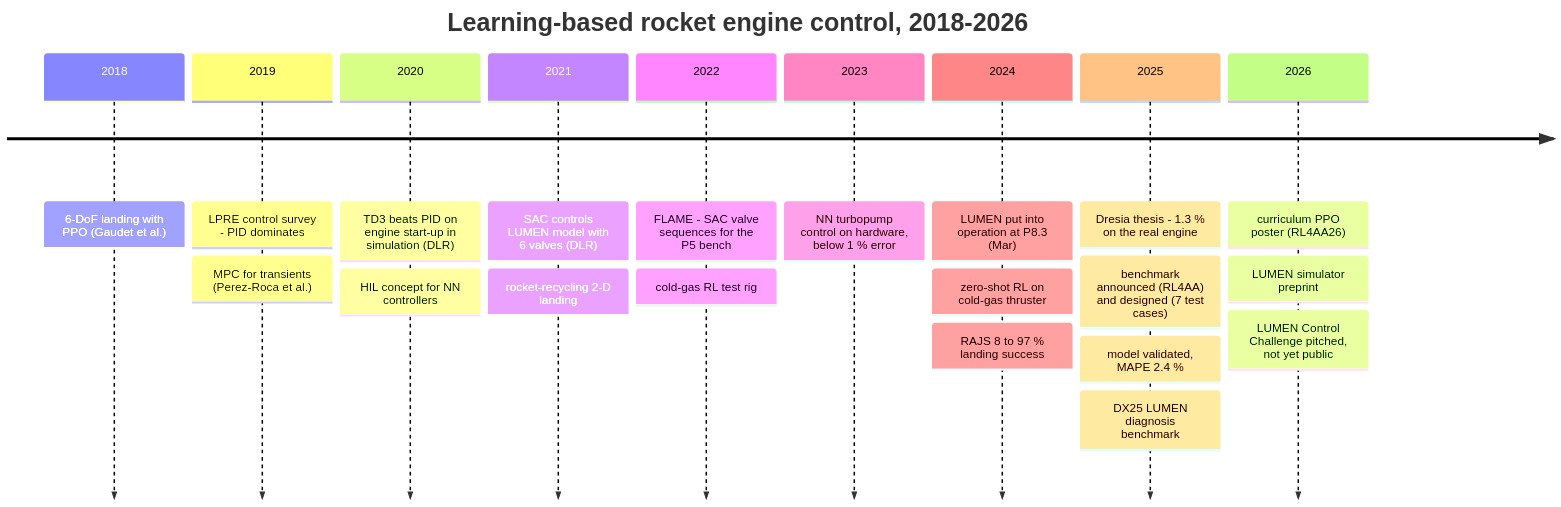
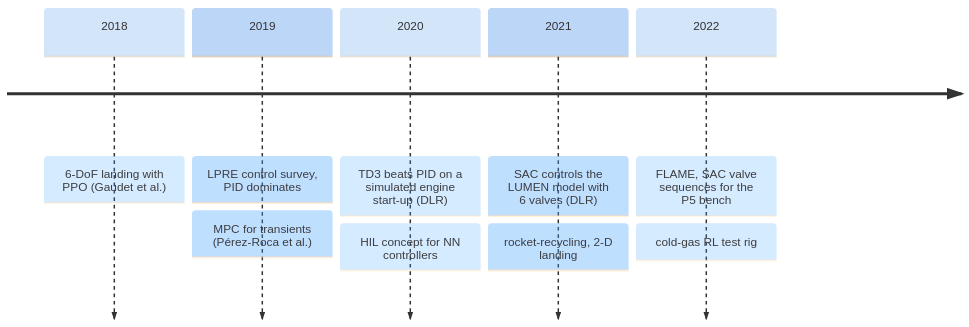
The first of 2 diagrams in docs/03-timeline.md (leandergrech/rl-rocket-engine-control), drawn with Mermaid before and after one commit. The commit also changed other lines of this file and 8 other files, not shown here.

First line of the commit message:
docs: diagrams and charts for every results table

````diff
--- a/docs/03-timeline.md
+++ b/docs/03-timeline.md
@@ -42,13 +384,19 @@
 ```mermaid
+---
+config:
+  theme: base
+  themeVariables:
+    fontFamily: Inter, sans-serif
+    cScale0: "rgba(57, 135, 229, 0.22)"
+    cScale1: "rgba(57, 135, 229, 0.34)"
+    cScale2: "rgba(57, 135, 229, 0.22)"
+    cScale3: "rgba(57, 135, 229, 0.34)"
+    cScale4: "rgba(57, 135, 229, 0.22)"
+---
 timeline
-    title Learning-based rocket engine control, 2018-2026
     2018 : 6-DoF landing with PPO (Gaudet et al.)
-    2019 : LPRE control survey - PID dominates : MPC for transients (Perez-Roca et al.)
-    2020 : TD3 beats PID on engine start-up in simulation (DLR) : HIL concept for NN controllers
-    2021 : SAC controls LUMEN model with 6 valves (DLR) : rocket-recycling 2-D landing
-    2022 : FLAME - SAC valve sequences for the P5 bench : cold-gas RL test rig
-    2023 : NN turbopump control on hardware, below 1 % error
-    2024 : LUMEN put into operation at P8.3 (Mar) : zero-shot RL on cold-gas thruster : RAJS 8 to 97 % landing success
-    2025 : Dresia thesis - 1.3 % on the real engine : benchmark announced (RL4AA) and designed (7 test cases) : model validated, MAPE 2.4 % : DX25 LUMEN diagnosis benchmark
-    2026 : curriculum PPO poster (RL4AA26) : LUMEN simulator preprint : LUMEN Control Challenge pitched, not yet public
+    2019 : LPRE control survey, PID dominates : MPC for transients (Pérez-Roca et al.)
+    2020 : TD3 beats PID on a simulated engine start-up (DLR) : HIL concept for NN controllers
+    2021 : SAC controls the LUMEN model with 6 valves (DLR) : rocket-recycling, 2-D landing
+    2022 : FLAME, SAC valve sequences for the P5 bench : cold-gas RL test rig
 ```
````
